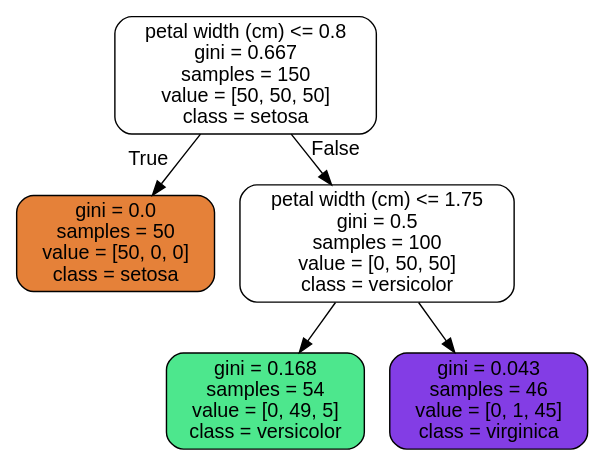
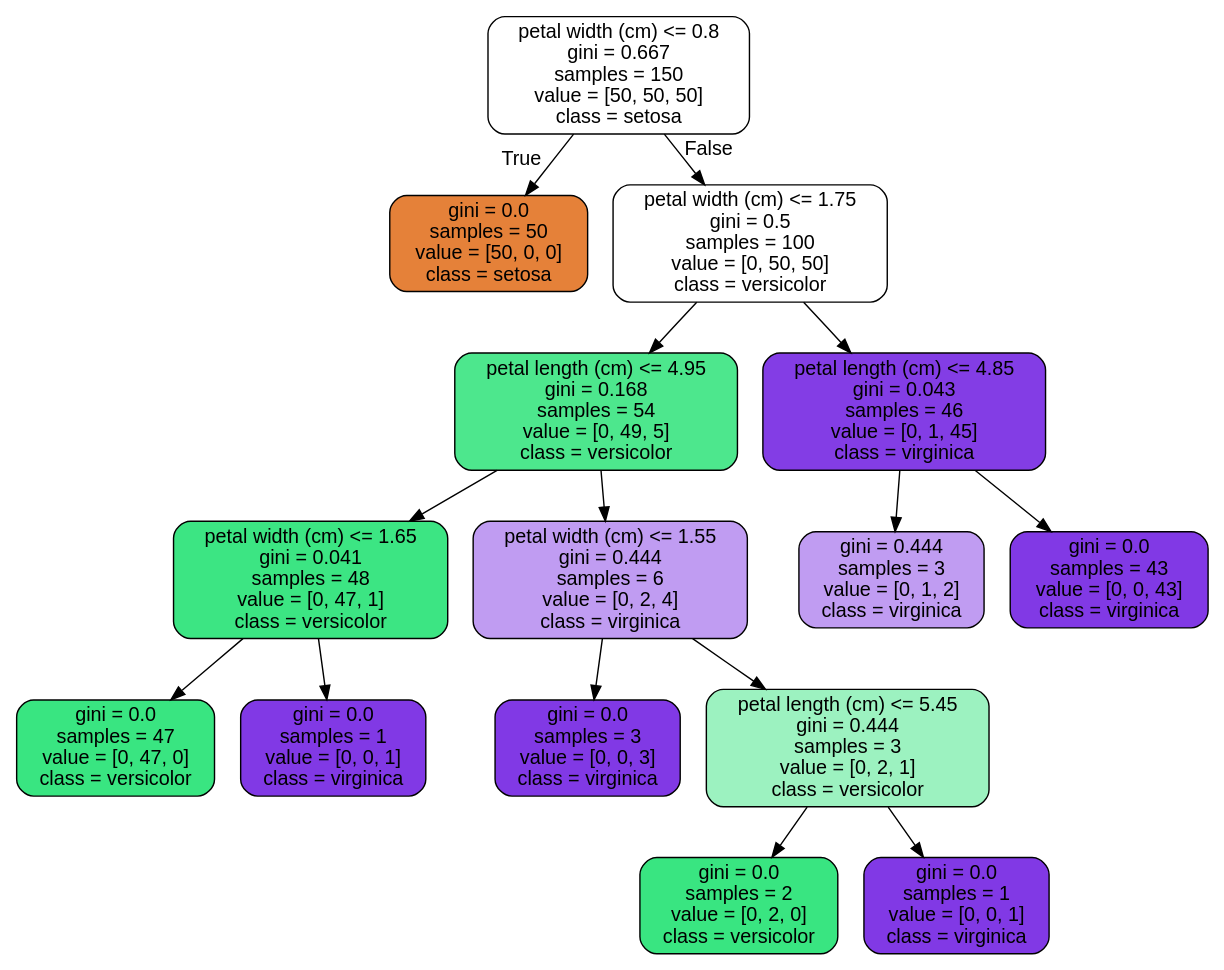
One commit to rumourcy/DA changed the diagram in handson-ml/iris_tree.dot. Above: the diagram before and after it, drawn with Graphviz. The commit also changed 4 other files, not shown here.

```diff
--- a/handson-ml/iris_tree.dot
+++ b/handson-ml/iris_tree.dot
@@ -1,13 +1,33 @@
 digraph Tree {
 node [shape=box, style="filled, rounded", color="black", fontname=helvetica] ;
 edge [fontname=helvetica] ;
 0 [label="petal width (cm) <= 0.8\ngini = 0.667\nsamples = 150\nvalue = [50, 50, 50]\nclass = setosa", fillcolor="#e5813900"] ;
 1 [label="gini = 0.0\nsamples = 50\nvalue = [50, 0, 0]\nclass = setosa", fillcolor="#e58139ff"] ;
 0 -> 1 [labeldistance=2.5, labelangle=45, headlabel="True"] ;
 2 [label="petal width (cm) <= 1.75\ngini = 0.5\nsamples = 100\nvalue = [0, 50, 50]\nclass = versicolor", fillcolor="#39e58100"] ;
 0 -> 2 [labeldistance=2.5, labelangle=-45, headlabel="False"] ;
-3 [label="gini = 0.168\nsamples = 54\nvalue = [0, 49, 5]\nclass = versicolor", fillcolor="#39e581e5"] ;
+3 [label="petal length (cm) <= 4.95\ngini = 0.168\nsamples = 54\nvalue = [0, 49, 5]\nclass = versicolor", fillcolor="#39e581e5"] ;
 2 -> 3 ;
-4 [label="gini = 0.043\nsamples = 46\nvalue = [0, 1, 45]\nclass = virginica", fillcolor="#8139e5f9"] ;
-2 -> 4 ;
+4 [label="petal width (cm) <= 1.65\ngini = 0.041\nsamples = 48\nvalue = [0, 47, 1]\nclass = versicolor", fillcolor="#39e581fa"] ;
+3 -> 4 ;
+5 [label="gini = 0.0\nsamples = 47\nvalue = [0, 47, 0]\nclass = versicolor", fillcolor="#39e581ff"] ;
+4 -> 5 ;
+6 [label="gini = 0.0\nsamples = 1\nvalue = [0, 0, 1]\nclass = virginica", fillcolor="#8139e5ff"] ;
+4 -> 6 ;
+7 [label="petal width (cm) <= 1.55\ngini = 0.444\nsamples = 6\nvalue = [0, 2, 4]\nclass = virginica", fillcolor="#8139e57f"] ;
+3 -> 7 ;
+8 [label="gini = 0.0\nsamples = 3\nvalue = [0, 0, 3]\nclass = virginica", fillcolor="#8139e5ff"] ;
+7 -> 8 ;
+9 [label="petal length (cm) <= 5.45\ngini = 0.444\nsamples = 3\nvalue = [0, 2, 1]\nclass = versicolor", fillcolor="#39e5817f"] ;
+7 -> 9 ;
+10 [label="gini = 0.0\nsamples = 2\nvalue = [0, 2, 0]\nclass = versicolor", fillcolor="#39e581ff"] ;
+9 -> 10 ;
+11 [label="gini = 0.0\nsamples = 1\nvalue = [0, 0, 1]\nclass = virginica", fillcolor="#8139e5ff"] ;
+9 -> 11 ;
+12 [label="petal length (cm) <= 4.85\ngini = 0.043\nsamples = 46\nvalue = [0, 1, 45]\nclass = virginica", fillcolor="#8139e5f9"] ;
+2 -> 12 ;
+13 [label="gini = 0.444\nsamples = 3\nvalue = [0, 1, 2]\nclass = virginica", fillcolor="#8139e57f"] ;
+12 -> 13 ;
+14 [label="gini = 0.0\nsamples = 43\nvalue = [0, 0, 43]\nclass = virginica", fillcolor="#8139e5ff"] ;
+12 -> 14 ;
 }
```
